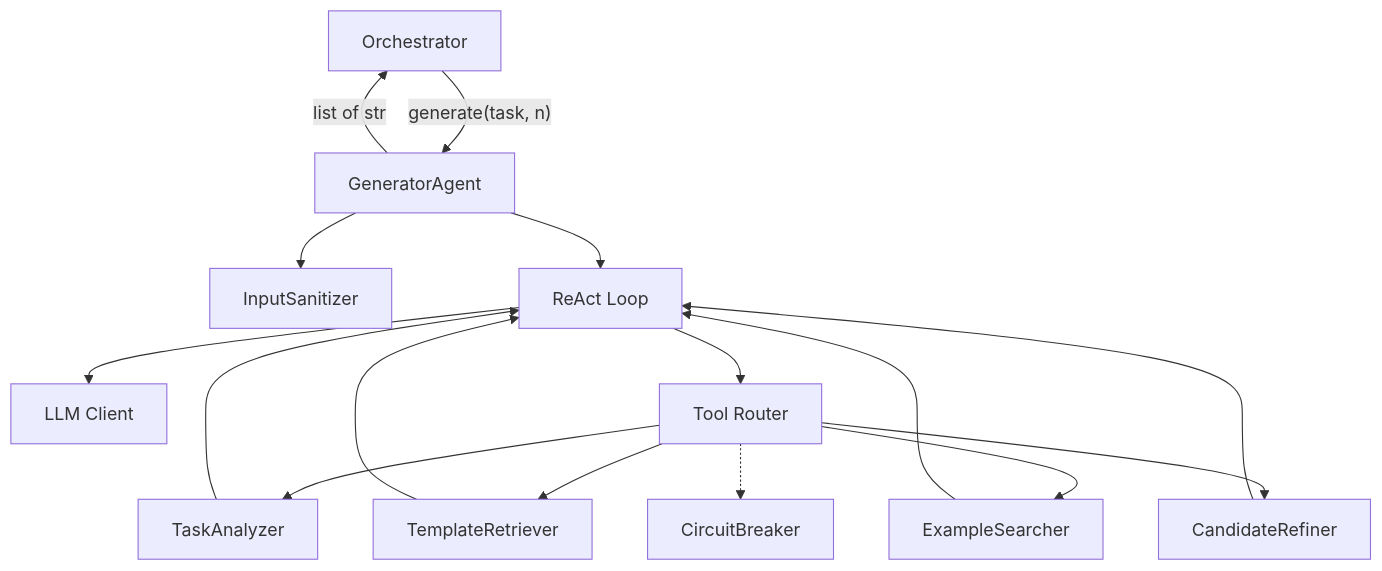
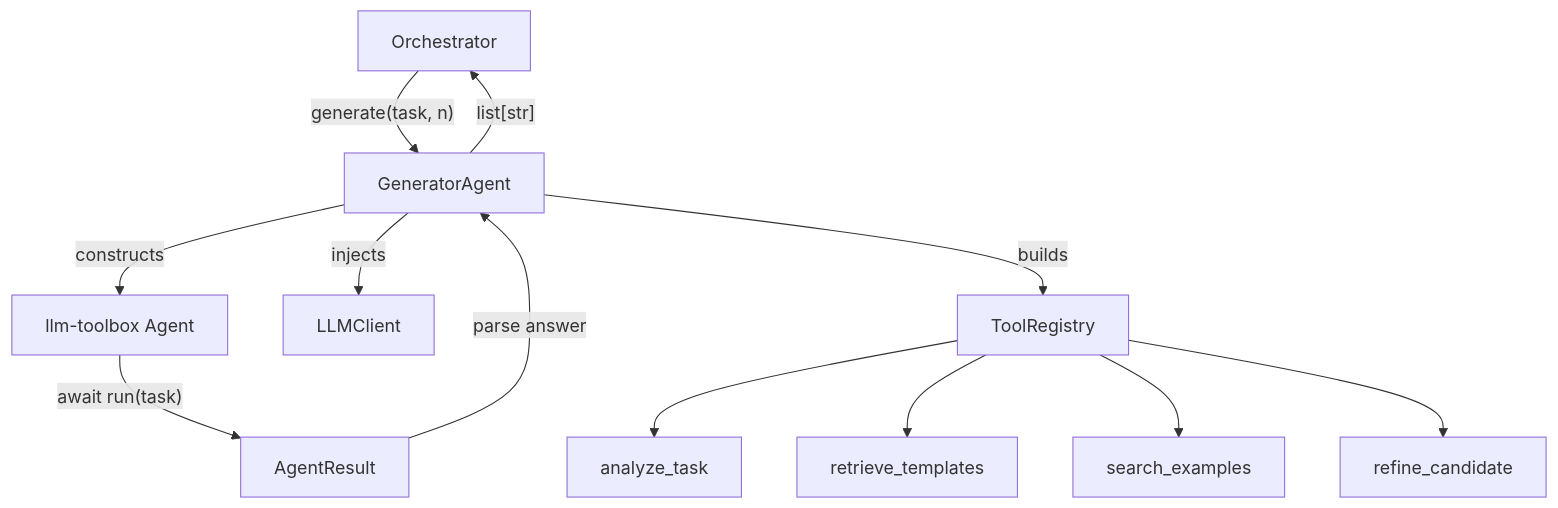
Before and after one commit to anipmehta/prompt-optimization-system: the first of 2 diagrams in .kiro/specs/generator-react-agent/design.md, drawn with Mermaid. The commit also changed other lines of this file and 2 other files, not shown here.

First line of the commit message:
spec: simplify generator-react-agent to thin adapter over llm-toolbox

````diff
--- a/.kiro/specs/generator-react-agent/design.md
+++ b/.kiro/specs/generator-react-agent/design.md
@@ -17,18 +19,14 @@
 ```mermaid
 graph TD
-    Orch[Orchestrator] -->|"generate(task, n)"| Agent[GeneratorAgent]
-    Agent --> Sanitizer[InputSanitizer]
-    Agent --> Loop[ReAct Loop]
-    Loop --> LLM[LLM Client]
-    Loop --> Router[Tool Router]
-    Router --> TA[TaskAnalyzer]
-    Router --> TR[TemplateRetriever]
-    Router --> ES[ExampleSearcher]
-    Router --> CR[CandidateRefiner]
-    TA --> Loop
-    TR --> Loop
-    ES --> Loop
-    CR --> Loop
-    Router -.-> CB[CircuitBreaker]
-    Agent -->|"list of str"| Orch
+    Orch[Orchestrator] -->|"generate(task, n)"| GA[GeneratorAgent]
+    GA -->|constructs| Agent[llm-toolbox Agent]
+    GA -->|injects| LLM[LLMClient]
+    GA -->|builds| TR[ToolRegistry]
+    TR --> TA[analyze_task]
+    TR --> TPL[retrieve_templates]
+    TR --> ES[search_examples]
+    TR --> CR[refine_candidate]
+    Agent -->|"await run(task)"| AgentResult
+    AgentResult -->|parse answer| GA
+    GA -->|"list[str]"| Orch
 ```
````
